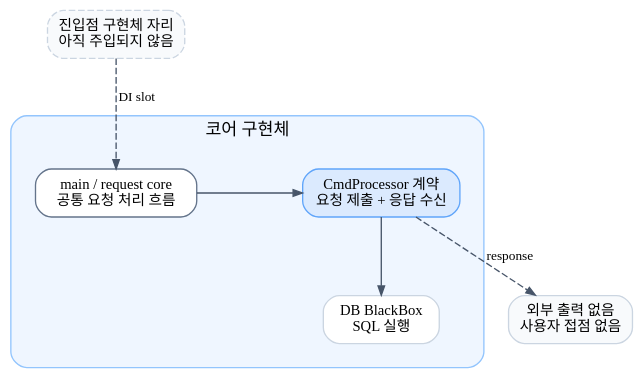
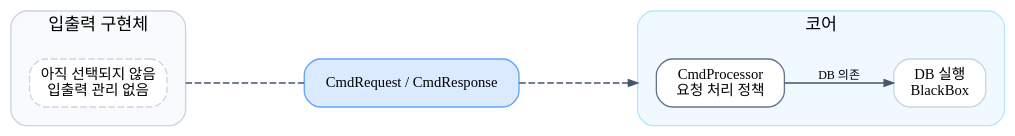
The diagram in docs/sijun-yang/diagrams/004_cmd_processor_di_core_only.dot (Wish-Upon-A-Star/SQL-B-Tree), drawn with Graphviz before and after one commit. The commit also changed 8 other files, not shown here.

Commit message:
docs: refine cmd processor architecture diagrams

```diff
--- a/docs/sijun-yang/diagrams/004_cmd_processor_di_core_only.dot
+++ b/docs/sijun-yang/diagrams/004_cmd_processor_di_core_only.dot
@@ -1,75 +1,89 @@
 digraph CmdProcessorDICoreOnly {
     graph [
-        rankdir=TB,
+        rankdir=LR,
         compound=true,
-        nodesep=0.55,
-        ranksep=0.65,
+        nodesep=0.35,
+        ranksep=0.7,
         splines=line,
         newrank=true,
         pad=0.2,
         bgcolor="transparent"
     ];
 
     node [
         shape=box,
         style="rounded,filled",
         fillcolor="white",
         color="#64748b",
         fontname="Pretendard",
         fontsize=11,
         margin="0.14,0.09"
     ];
 
     edge [
         color="#475569",
         fontname="Pretendard",
         fontsize=10,
         arrowsize=0.7
     ];
 
-    placeholder [
-        label="진입점 구현체 자리\n아직 주입되지 않음",
-        style="rounded,dashed,filled",
-        fillcolor="#f8fafc",
-        color="#cbd5e1"
-    ];
-
-    subgraph cluster_core {
-        label="코어 구현체";
+    subgraph cluster_impl {
+        label="입출력 구현체";
         style="rounded,filled";
-        color="#93c5fd";
-        fillcolor="#eff6ff";
+        color="#cbd5e1";
+        fillcolor="#f8fafc";
         fontname="Pretendard";
         fontsize=13;
-        margin=18;
+        margin=14;
 
-        main_core [
-            label="main / request core\n공통 요청 처리 흐름"
-        ];
-
-        contract [
-            label="CmdProcessor 계약\n요청 제출 + 응답 수신",
-            fillcolor="#dbeafe",
-            color="#60a5fa"
-        ];
-
-        db [
-            label="DB BlackBox\nSQL 실행",
+        impl_slot [
+            label="아직 선택되지 않음\n입출력 관리 없음",
+            style="rounded,dashed,filled",
             fillcolor="#ffffff",
             color="#cbd5e1"
         ];
     }
 
-    output [
-        label="외부 출력 없음\n사용자 접점 없음",
-        fillcolor="#f8fafc",
-        color="#cbd5e1"
+    subgraph cluster_core {
+        label="코어";
+        style="rounded,filled";
+        color="#bae6fd";
+        fillcolor="#f0f9ff";
+        fontname="Pretendard";
+        fontsize=13;
+        margin=14;
+
+        cmd_processor [
+            label="CmdProcessor\n요청 처리 정책",
+            fillcolor="#ffffff"
+        ];
+
+        db [
+            label="DB 실행\nBlackBox",
+            fillcolor="#ffffff",
+            color="#cbd5e1"
+        ];
+    }
+
+    cmd_contract [
+        label="CmdRequest / CmdResponse",
+        fillcolor="#dbeafe",
+        color="#60a5fa",
+        margin="0.08,0.04"
     ];
 
-    { rank=same; main_core; contract; }
-    { rank=same; db; output; }
-
-    placeholder -> main_core [style=dashed, label="DI slot"];
-    main_core -> contract -> db;
-    contract -> output [style=dashed, label="response"];
+    impl_slot -> cmd_contract [
+        style=dashed,
+        ltail=cluster_impl,
+        arrowhead=none,
+        minlen=2,
+        weight=10
+    ];
+    cmd_contract -> cmd_processor [
+        style=dashed,
+        lhead=cluster_core,
+        minlen=2,
+        weight=10
+    ];
+    cmd_processor -> db [label="DB 의존", fontsize=9, minlen=1];
 }
```
